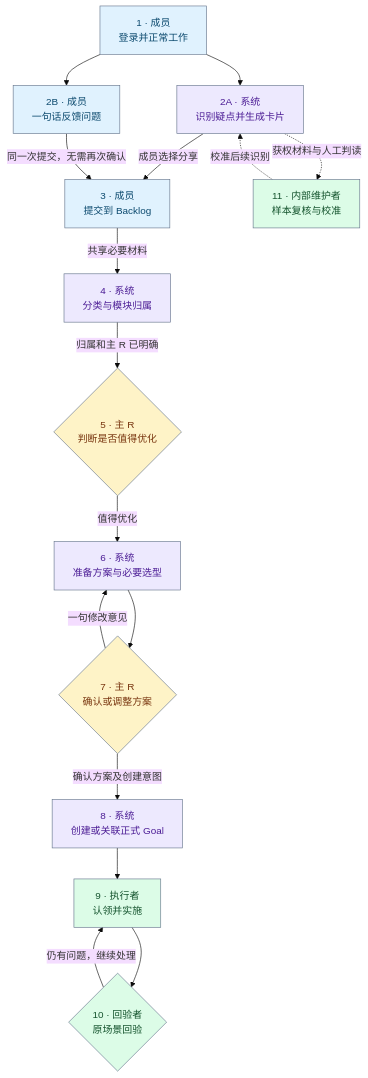
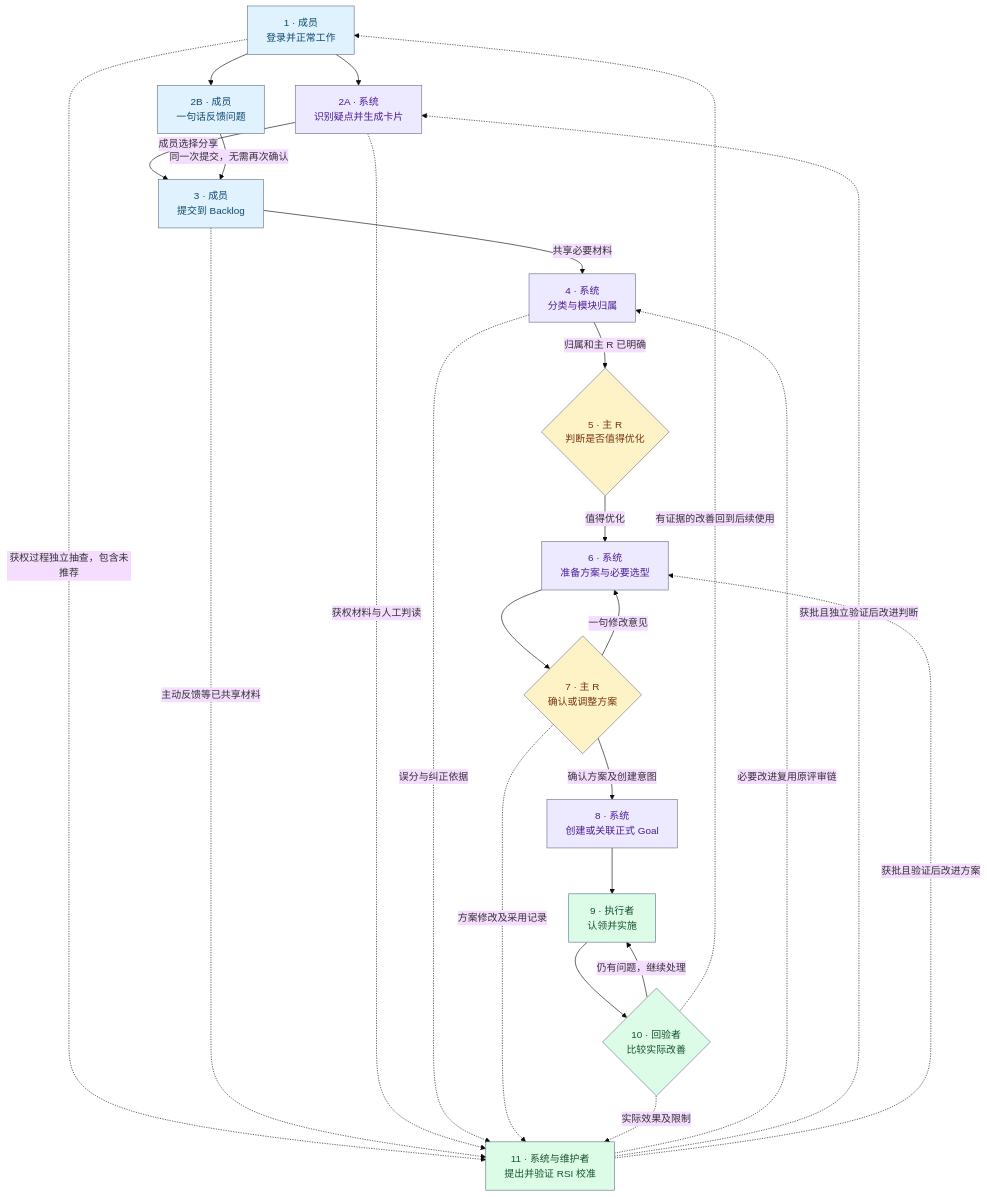
One commit to molis-ai/molis-work changed the diagram in specs/casebook-plugin/spec.md. Above: the diagram before and after it, drawn with Mermaid (base theme). The commit also changed other lines of this file and 121 other files, not shown here.

````diff
--- a/specs/casebook-plugin/spec.md
+++ b/specs/casebook-plugin/spec.md
@@ -24,40 +26,48 @@
 ```mermaid
 flowchart TD
     S1["1 · 成员<br/>登录并正常工作"]
     S2A["2A · 系统<br/>识别疑点并生成卡片"]
     S2B["2B · 成员<br/>一句话反馈问题"]
     S3["3 · 成员<br/>提交到 Backlog"]
     S4["4 · 系统<br/>分类与模块归属"]
     S5{"5 · 主 R<br/>判断是否值得优化"}
     S6["6 · 系统<br/>准备方案与必要选型"]
     S7{"7 · 主 R<br/>确认或调整方案"}
     S8["8 · 系统<br/>创建或关联正式 Goal"]
     S9["9 · 执行者<br/>认领并实施"]
-    S10{"10 · 回验者<br/>原场景回验"}
-    S11["11 · 内部维护者<br/>样本复核与校准"]
+    S10{"10 · 回验者<br/>比较实际改善"}
+    S11["11 · 系统与维护者<br/>提出并验证 RSI 校准"]
 
     S1 --> S2A
     S1 --> S2B
     S2A -->|成员选择分享| S3
     S2B -->|同一次提交，无需再次确认| S3
     S3 -->|共享必要材料| S4
     S4 -->|归属和主 R 已明确| S5
     S5 -->|值得优化| S6
     S6 --> S7
     S7 -->|一句修改意见| S6
     S7 -->|确认方案及创建意图| S8
     S8 --> S9
     S9 --> S10
     S10 -->|仍有问题，继续处理| S9
+    S10 -.->|有证据的改善回到后续使用| S1
+    S1 -.->|获权过程独立抽查，包含未推荐| S11
+    S3 -.->|主动反馈等已共享材料| S11
     S2A -.->|获权材料与人工判读| S11
-    S11 -.->|校准后续识别| S2A
+    S4 -.->|误分与纠正依据| S11
+    S7 -.->|方案修改及采用记录| S11
+    S10 -.->|实际效果及限制| S11
+    S11 -.->|必要改进复用原评审链| S4
+    S11 -.->|获批且独立验证后改进判断| S2A
+    S11 -.->|获批且验证后改进方案| S6
 
     classDef member fill:#e0f2fe,stroke:#64748b,color:#0c4a6e
     classDef system fill:#ede9fe,stroke:#64748b,color:#4c1d95
     classDef decision fill:#fef3c7,stroke:#64748b,color:#78350f
     classDef delivery fill:#dcfce7,stroke:#64748b,color:#14532d
     class S1,S2B,S3 member
     class S2A,S4,S6,S8 system
     class S5,S7 decision
     class S9,S10,S11 delivery
 ```
````
